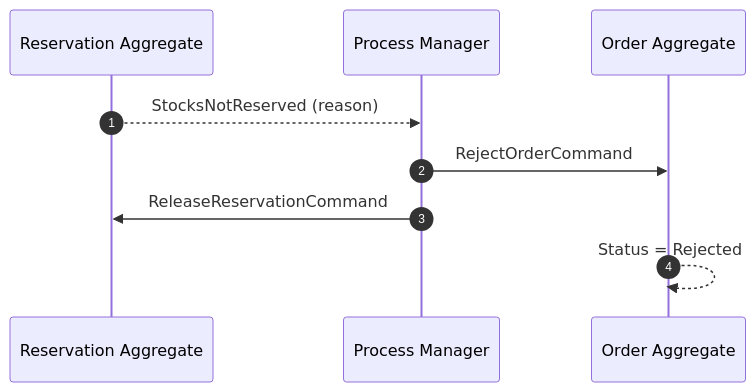
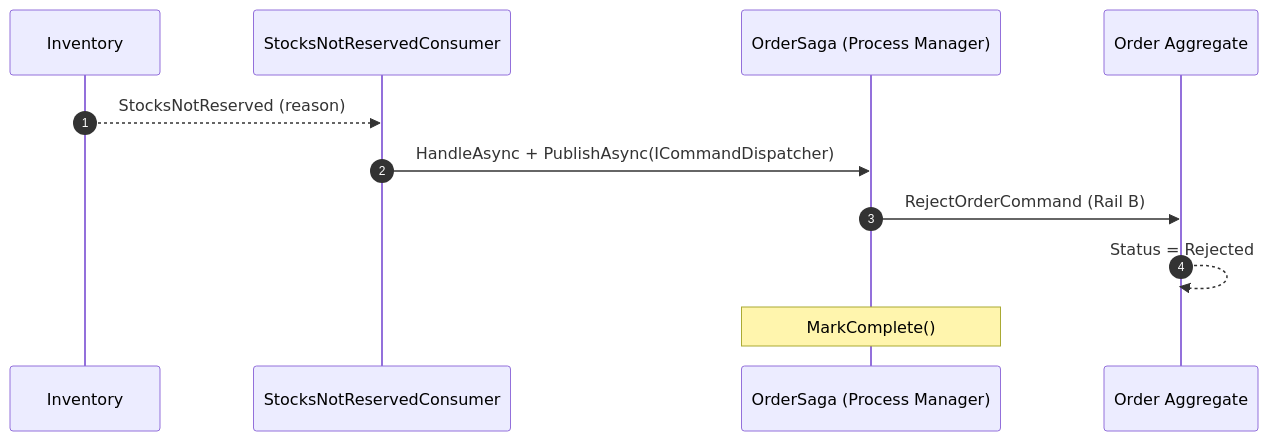
Before and after one commit to mnnam1302/EShop: the ninth of 10 diagrams in Order/src/EShop.Order.API/README.md, drawn with Mermaid. The commit also changed other lines of this file and 14 other files, not shown here.

Commit message:
refactor(order): implement Order and OrderSaga state machine

````diff
--- a/Order/src/EShop.Order.API/README.md
+++ b/Order/src/EShop.Order.API/README.md
@@ -212,12 +256,14 @@
 ```mermaid
 sequenceDiagram
     autonumber
-    participant RA as Reservation Aggregate
-    participant PM as Process Manager
-    participant OA as Order Aggregate
+    participant INV as Inventory
+    participant SN  as StocksNotReservedConsumer
+    participant PM  as OrderSaga (Process Manager)
+    participant OA  as Order Aggregate
 
-    RA-->>PM: StocksNotReserved (reason)
-    PM->>OA: RejectOrderCommand
-    PM->>RA: ReleaseReservationCommand
+    INV-->>SN: StocksNotReserved (reason)
+    SN->>PM: HandleAsync + PublishAsync(ICommandDispatcher)
+    PM->>OA: RejectOrderCommand (Rail B)
     OA-->>OA: Status = Rejected
+    Note over PM: MarkComplete()
 ```
````
